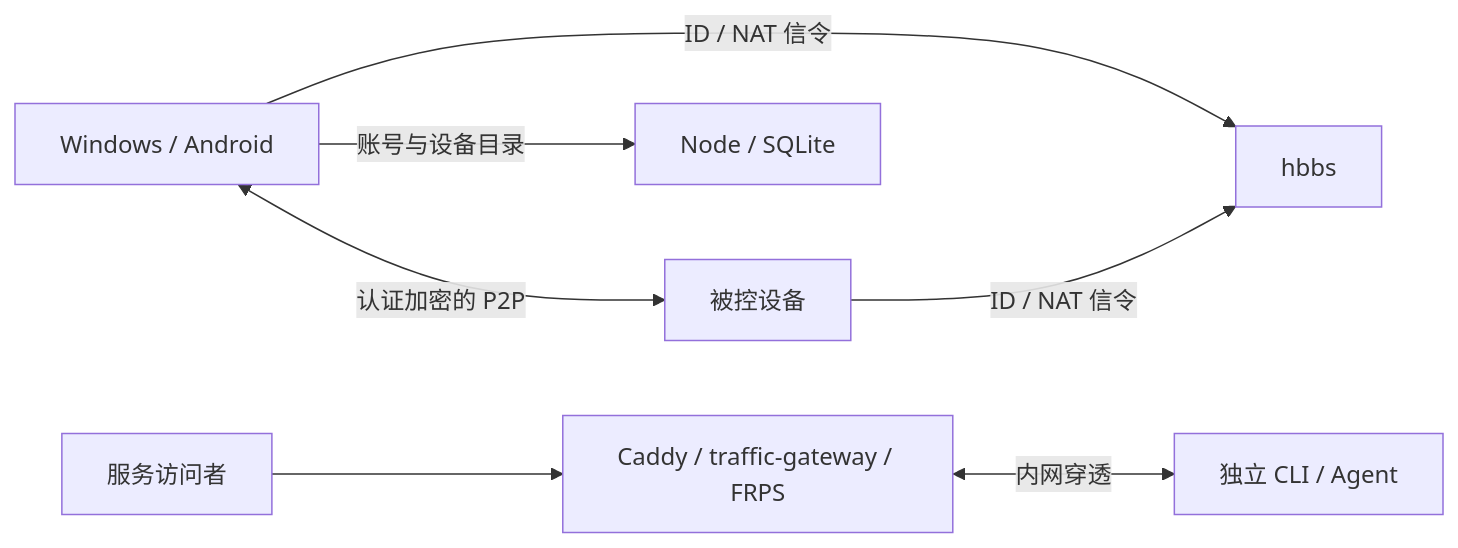
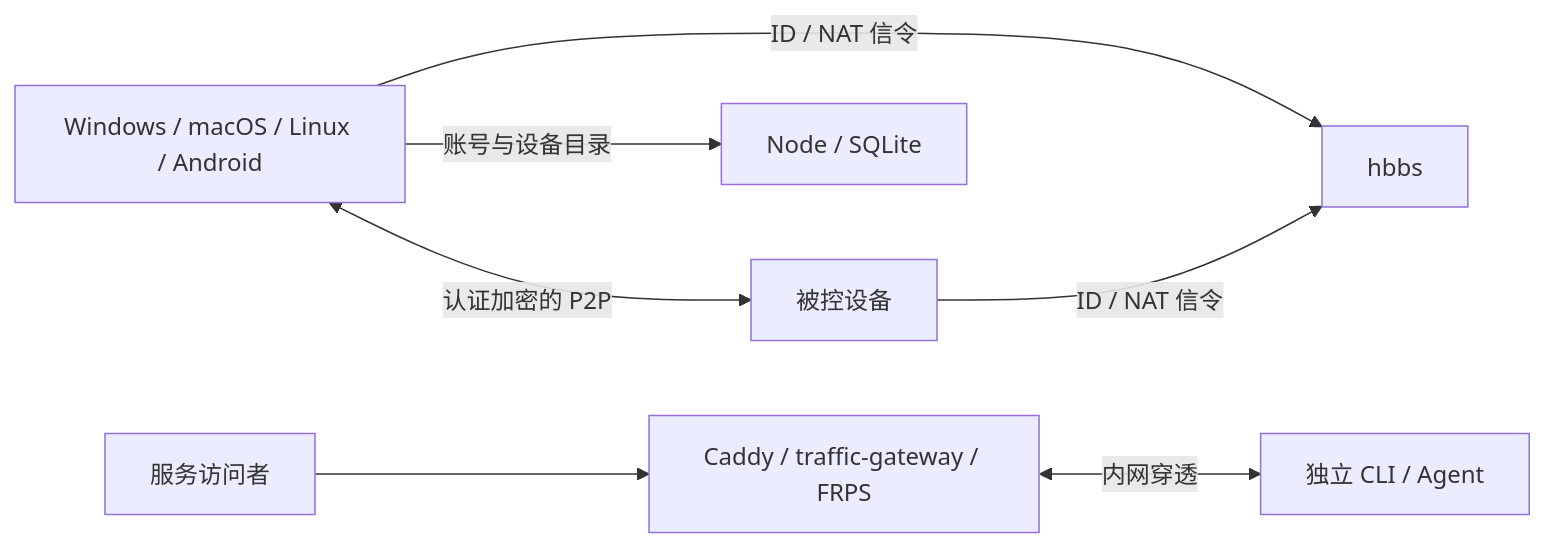
Before and after one commit to ZHanry/home-tunnel: the diagram in README.md, drawn with Mermaid. The commit also changed other lines of this file and 49 other files, not shown here.

````diff
--- a/README.md
+++ b/README.md
@@ -19,9 +19,9 @@
 ```mermaid
 flowchart LR
-  A[Windows / Android] <-->|认证加密的 P2P| B[被控设备]
+  A[Windows / macOS / Linux / Android] <-->|认证加密的 P2P| B[被控设备]
   A -->|ID / NAT 信令| H[hbbs]
   B -->|ID / NAT 信令| H
   A -->|账号与设备目录| C[Node / SQLite]
   V[服务访问者] --> E[Caddy / traffic-gateway / FRPS]
   E <-->|内网穿透| T[独立 CLI / Agent]
 ```
````
